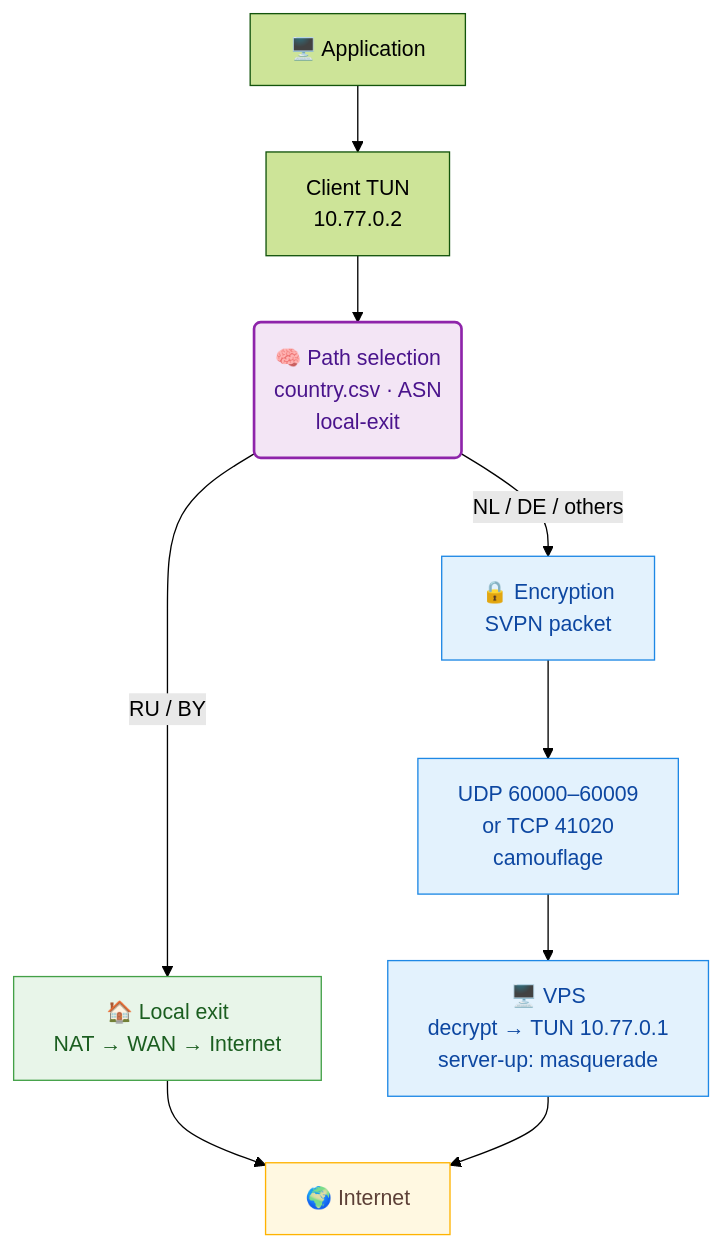
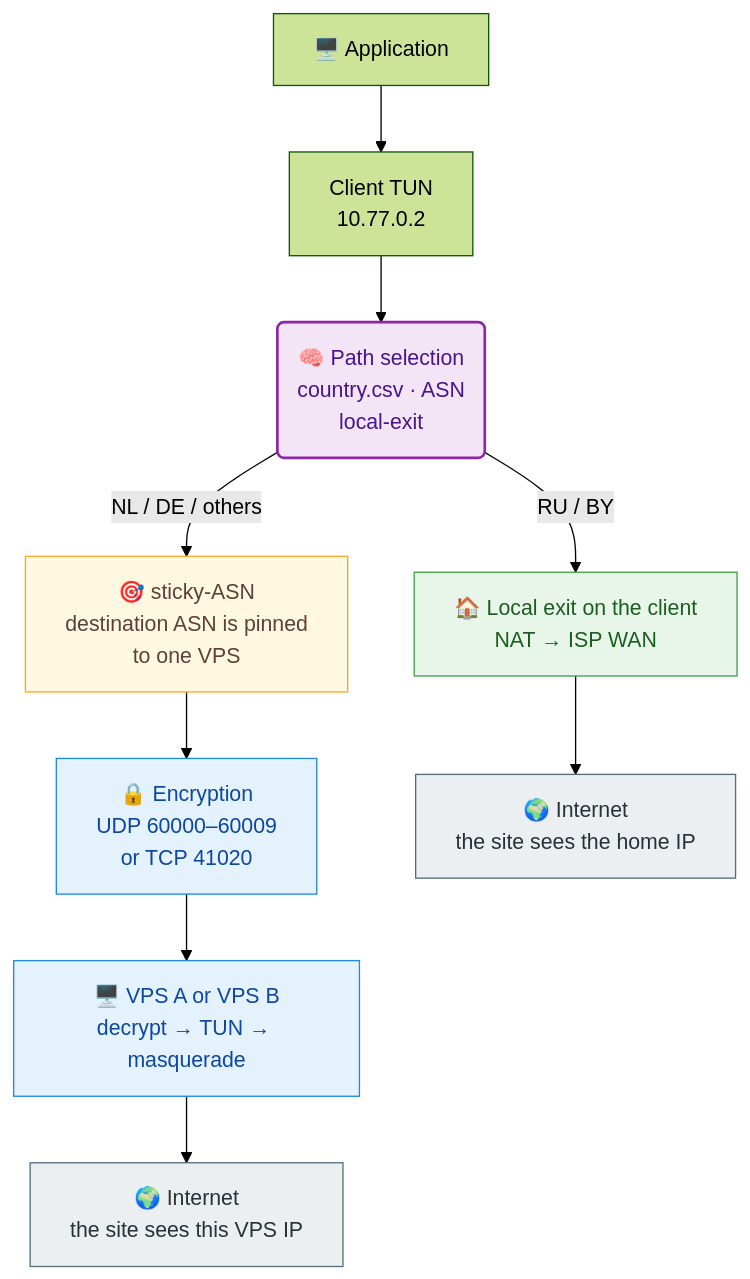
Before and after one commit to vadv/svpn: the diagram in README.en.md, drawn with Mermaid (forest theme). The commit also changed other lines of this file and 1 other file, not shown here.

First line of the commit message:
docs: add shell quick start and clarify packet paths

````diff
--- a/README.en.md
+++ b/README.en.md
@@ -22,19 +212,21 @@
 ```mermaid
 flowchart TD
     app["🖥️ Application"] --> tun["Client TUN<br/>10.77.0.2"]
     tun --> brain("🧠 Path selection<br/>country.csv · ASN<br/>local-exit")
-    brain -->|"RU / BY"| local["🏠 Local exit<br/>NAT → WAN → Internet"]
-    brain -->|"NL / DE / others"| enc["🔒 Encryption<br/>SVPN packet"]
-    enc --> udp["UDP 60000–60009<br/>or TCP 41020<br/>camouflage"]
-    udp --> vps["🖥️ VPS<br/>decrypt → TUN 10.77.0.1<br/>server-up: masquerade"]
-    local --> net["🌍 Internet"]
-    vps --> net
+    brain -->|"RU / BY"| local["🏠 Local exit on the client<br/>NAT → ISP WAN"]
+    brain -->|"NL / DE / others"| asn["🎯 sticky-ASN<br/>destination ASN is pinned<br/>to one VPS"]
+    asn --> enc["🔒 Encryption<br/>UDP 60000–60009<br/>or TCP 41020"]
+    enc --> vps["🖥️ VPS A or VPS B<br/>decrypt → TUN → masquerade"]
+    local --> home["🌍 Internet<br/>the site sees the home IP"]
+    vps --> via["🌍 Internet<br/>the site sees this VPS IP"]
     classDef brain fill:#f3e5f5,stroke:#8e24aa,stroke-width:2px,color:#4a148c
     classDef local fill:#e8f5e9,stroke:#43a047,color:#1b5e20
+    classDef asn fill:#fff8e1,stroke:#f9a825,color:#5d4037
     classDef vpn fill:#e3f2fd,stroke:#1e88e5,color:#0d47a1
-    classDef edge fill:#fff8e1,stroke:#ffb300,color:#5d4037
+    classDef edge fill:#eceff1,stroke:#546e7a,color:#263238
     class brain brain
     class local local
-    class enc,udp,vps vpn
-    class net edge
+    class asn asn
+    class enc,vps vpn
+    class home,via edge
 ```
````
